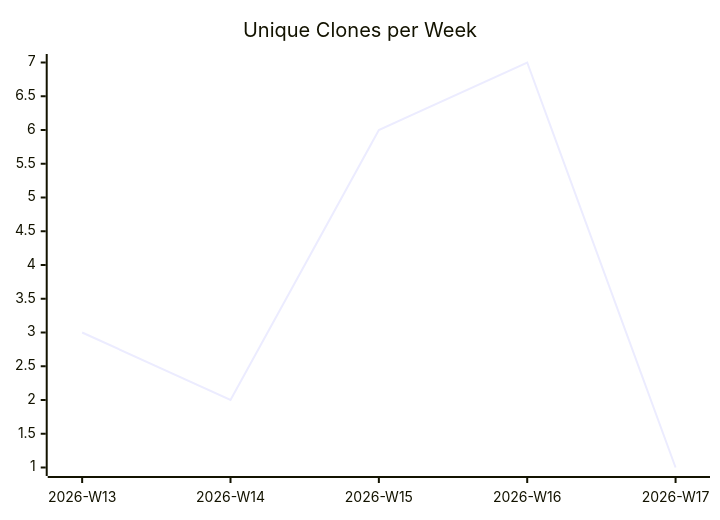
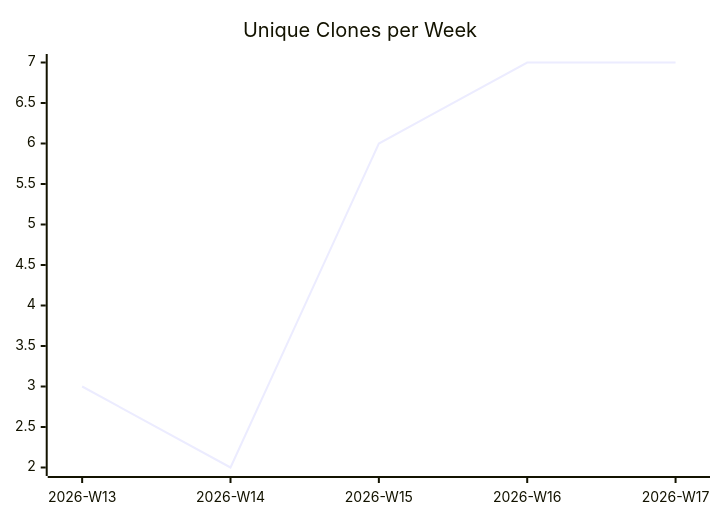
The third of 3 diagrams in karlmdavis/justdavis-ansible/README.md (justdavis-family/github-analytics-data), drawn with Mermaid before and after one commit. The commit also changed other lines of this file and 198 other files, not shown here.

````diff
--- a/karlmdavis/justdavis-ansible/README.md
+++ b/karlmdavis/justdavis-ansible/README.md
@@ -19,6 +19,6 @@
 ```mermaid
 xychart-beta
   title "Unique Clones per Week"
   x-axis ["2026-W13", "2026-W14", "2026-W15", "2026-W16", "2026-W17"]
-  line [3, 2, 6, 7, 1]
+  line [3, 2, 6, 7, 7]
 ```
````
